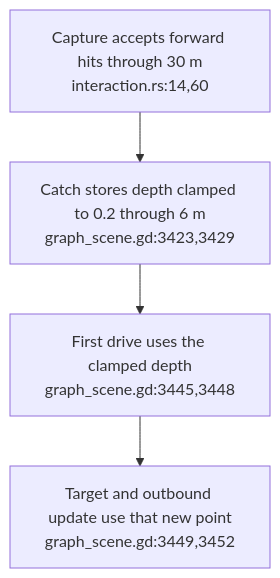
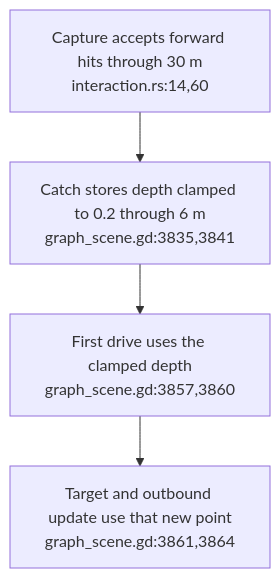
Before and after one commit to DreamLab-AI/VisionFlow: the fourth of 6 diagrams in docs/diagrams/visionclaw/53-xr-grab-lifetimes-and-input.md, drawn with Mermaid. The commit also changed other lines of this file and 56 other files, not shown here.

First line of the commit message:
docs(diagrams): re-verify VisionClaw topics at ec785afa9, add VC-19/56/57 and the VisionClaw register

````diff
--- a/docs/diagrams/visionclaw/53-xr-grab-lifetimes-and-input.md
+++ b/docs/diagrams/visionclaw/53-xr-grab-lifetimes-and-input.md
@@ -66,6 +68,6 @@
 ```mermaid
 flowchart TD
-    RAY["Capture accepts forward hits through 30 m<br/>interaction.rs:14,60"] --> START["Catch stores depth clamped to 0.2 through 6 m<br/>graph_scene.gd:3423,3429"]
-    START --> DRIVE["First drive uses the clamped depth<br/>graph_scene.gd:3445,3448"]
-    DRIVE --> TARGET["Target and outbound update use that new point<br/>graph_scene.gd:3449,3452"]
+    RAY["Capture accepts forward hits through 30 m<br/>interaction.rs:14,60"] --> START["Catch stores depth clamped to 0.2 through 6 m<br/>graph_scene.gd:3835,3841"]
+    START --> DRIVE["First drive uses the clamped depth<br/>graph_scene.gd:3857,3860"]
+    DRIVE --> TARGET["Target and outbound update use that new point<br/>graph_scene.gd:3861,3864"]
 ```
````
